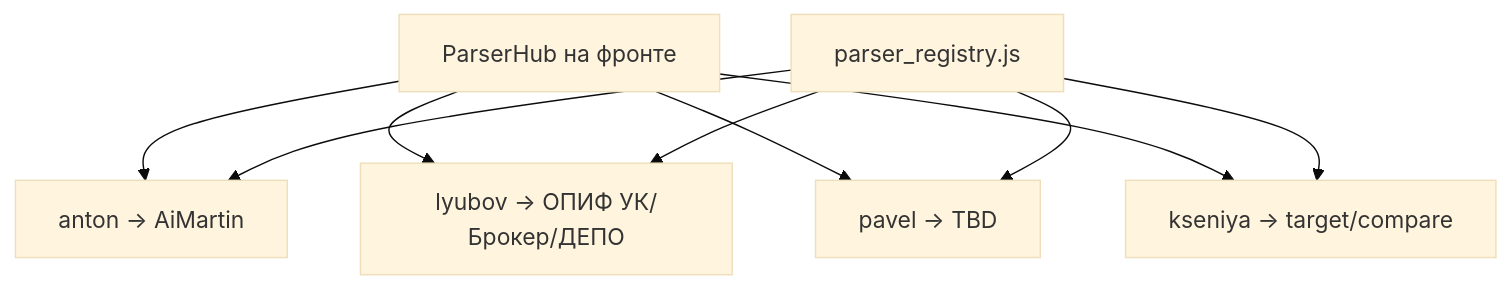
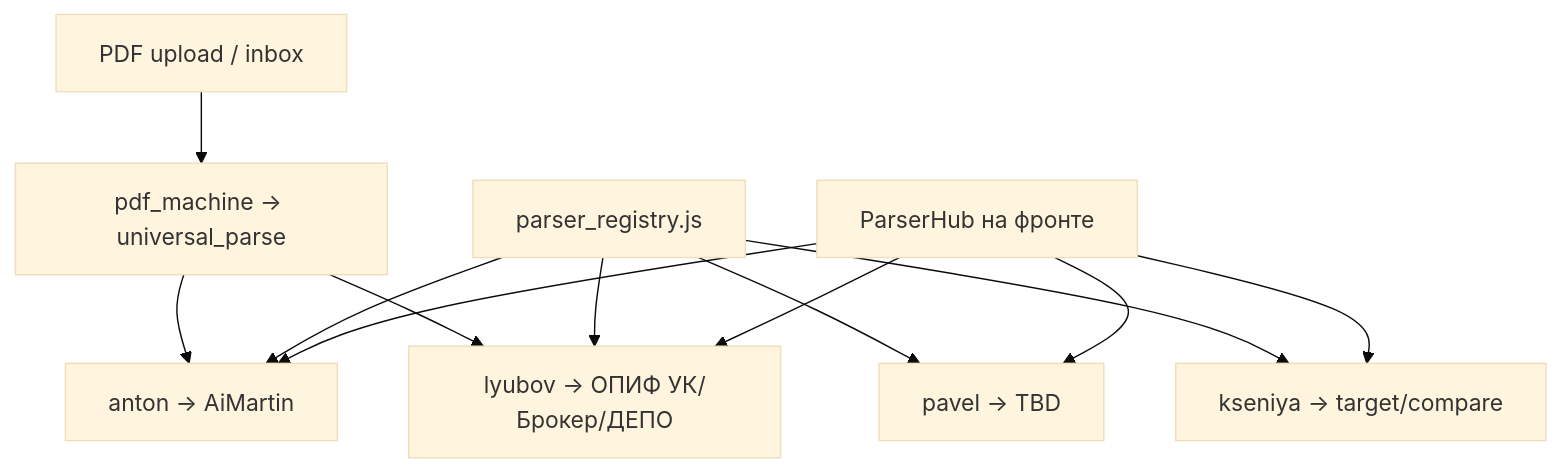
One commit to viss1913/auditor changed the diagram in docs/parser-routing.md. Above: the diagram before and after it, drawn with Mermaid (base theme). The commit also changed other lines of this file and 322 other files, not shown here.

````diff
--- a/docs/parser-routing.md
+++ b/docs/parser-routing.md
@@ -7,11 +7,14 @@
 ```mermaid
 flowchart TD
   UI[ParserHub на фронте] --> Anton[anton → AiMartin]
   UI --> Lyubov[lyubov → ОПИФ УК/Брокер/ДЕПО]
   UI --> Pavel[pavel → TBD]
   UI --> Kseniya[kseniya → target/compare]
+  PDF[PDF upload / inbox] --> PdfMachine[pdf_machine → universal_parse]
   Router[parser_registry.js] --> Anton
   Router --> Lyubov
   Router --> Pavel
   Router --> Kseniya
+  PdfMachine --> Anton
+  PdfMachine --> Lyubov
 ```
````
